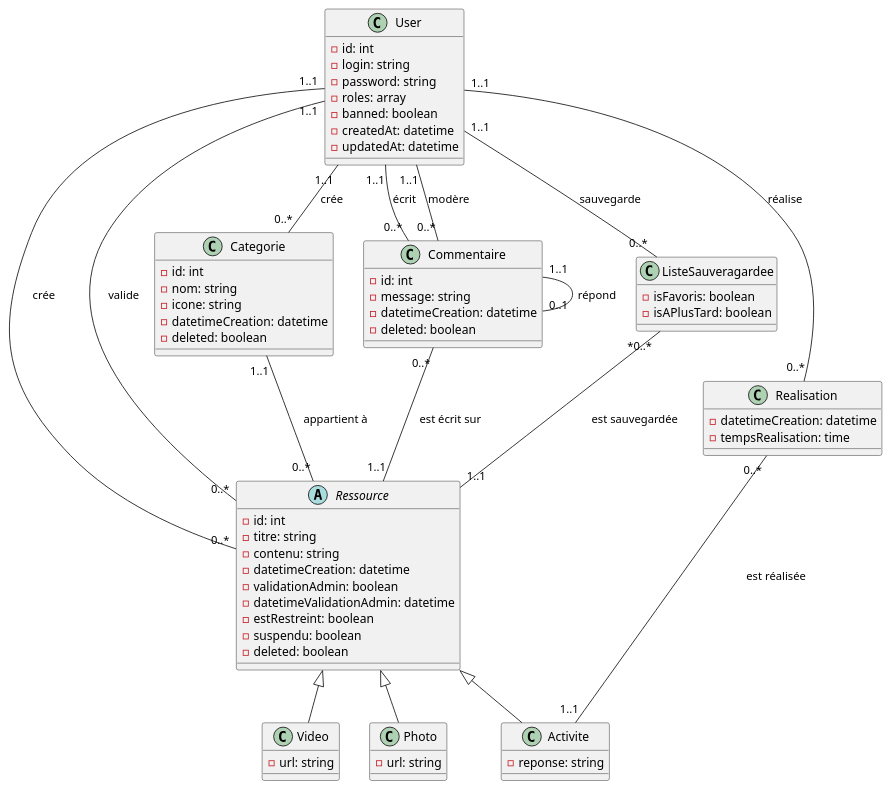
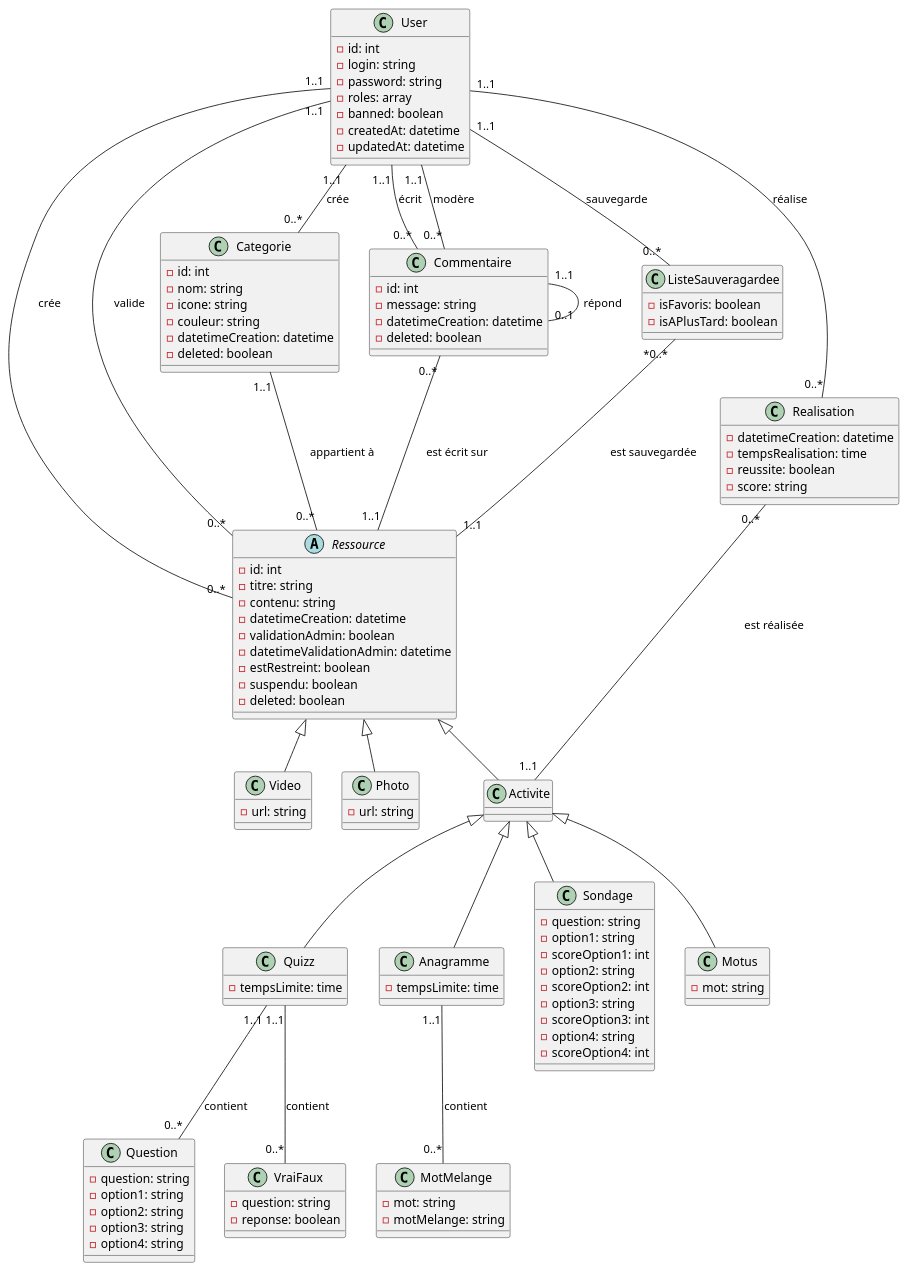
One commit to cda1-2024/Ressources-relationnelles changed the diagram in docs/diagrams/diagrammeDeClasse.puml. Above: the diagram before and after it, drawn with PlantUML. The commit also changed 1 other file, not shown here.

Commit message:
Update diagrammeDeClasse.puml / Add Esteban modifications + add image

```diff
--- a/docs/diagrams/diagrammeDeClasse.puml
+++ b/docs/diagrams/diagrammeDeClasse.puml
@@ -1,123 +1,134 @@
 @startuml diagrammeDeClasse
 
 class User {
     -id: int
     -login: string
     -password: string
     -roles: array
     -banned: boolean
     -createdAt: datetime
     -updatedAt: datetime
 }
 
 abstract class Ressource{
     -id: int
     -titre: string
     -contenu: string
     -datetimeCreation: datetime
     -validationAdmin: boolean
     -datetimeValidationAdmin: datetime
     -estRestreint: boolean
     -suspendu: boolean
     -deleted: boolean
 }
 
 class Video{
     -url: string
 }
 
 class Photo{
     -url: string
 }
 
-class Activite{
-    -reponse: string
+class Quizz{
+    -tempsLimite: time
+}
+
+class Question{
+    -question: string
+    -option1: string
+    -option2: string
+    -option3: string
+    -option4: string
+}
+
+class VraiFaux{
+    -question: string
+    -reponse: boolean
+}
+
+class Anagramme{
+    -tempsLimite: time
+}
+
+class MotMelange{
+    -mot: string
+    -motMelange: string
+}
+
+class Sondage{
+    -question: string
+    -option1: string
+    -scoreOption1: int
+    -option2: string
+    -scoreOption2: int
+    -option3: string
+    -scoreOption3: int
+    -option4: string
+    -scoreOption4: int
+}
+
+class Motus{
+    -mot: string
+}
+
+class Realisation{
+    -datetimeCreation: datetime
+    -tempsRealisation: time
+    -reussite: boolean
+    -score: string
 }
 
 class Categorie{
     -id: int
     -nom: string
     -icone: string
+    -couleur: string
     -datetimeCreation: datetime
     -deleted: boolean
 }
 
 class Commentaire{
     -id: int
     -message: string
     -datetimeCreation: datetime
     -deleted: boolean
 }
 
-' class Favoris{
-'     -datetimeCreation: datetime
-' }
-
-' class APlusTard{
-'     -datetimeCreation: datetime
-' }
-
 class ListeSauveragardee{
     - isFavoris: boolean
     - isAPlusTard: boolean
 }
 
-
-class Realisation{
-    -datetimeCreation: datetime
-    -tempsRealisation: time
-}
-
-
 Ressource <|-- Video
 Ressource <|-- Photo
 Ressource <|-- Activite
 
-' ' Besoin des Categorie
-' Categorie "0..*" -- "1..1" User : est crée par
-
-' ' Besoin des ressources
-' Ressource "0..*" -- "1..1" Categorie : appartient à
-' Ressource "0..*" -- "1..1" User : est crée par
-' Ressource "0..*" -- "1..1" User : est validée par
-
-' ' Besoin des commentaires
-' Commentaire "0..*" -- "1..1" User : est écrit par
-' Commentaire "0..*" -- "1..1" Commentaire : est une réponse à
-' Commentaire "0..*" -- "1..1" Ressource : est écrit sur
-
-' ' Besoin des favoris
-' ' Favoris "0..*" -- "1..1" User : est mit en favoris par
-' ' Favoris "0..*" -- "1..1" Ressource : est mit en favoris
-
-' ' Besoin des mit en plus tard
-' ' APlusTard "0..*" -- "1..1" User : est mit en plus tard par
-' ' APlusTard "0..*" -- "1..1" Ressource : est mit en plus tard
-
-' ' Besoin des listes sauvegardées
-' ListeSauveragardee "0..*" -- "1..1" User : est sauvegardée par
-' ListeSauveragardee "0..*" -- "1..1" Ressource : est sauvegardée
-
-' ' Besoin des réalisations
-' Realisation "0..*" -- "1..1" User : est réalisé par
-' Realisation "0..*" -- "1..1" Activite : est réalisé
+Activite <|-- Quizz
+Activite <|-- Sondage
+Activite <|-- Motus
+Activite <|-- Anagramme
 
 User "1..1" -- "0..*" Commentaire : écrit
 User "1..1" -- "0..*" Commentaire : modère
 User "1..1" -- "0..*" Ressource : crée
 User "1..1" -- "0..*" Ressource : valide
 User "1..1" -- "0..*" ListeSauveragardee : sauvegarde
 User "1..1" -- "0..*" Realisation : réalise
 User "1..1" -- "0..*" Categorie : crée
 
 Commentaire "1..1" -- "0..1" Commentaire : répond
 Commentaire "0..*" -- "1..1" Ressource : est écrit sur
 
 Categorie "1..1" -- "0..*" Ressource : appartient à
 
 ListeSauveragardee "*0..*" -- "1..1" Ressource : est sauvegardée
 
+Quizz "1..1" -- "0..*" Question : contient
+Quizz "1..1" -- "0..*" VraiFaux : contient
+
+Anagramme "1..1" -- "0..*" MotMelange : contient
+
 Realisation "0..*" -- "1..1" Activite : est réalisée
 
-
 @enduml
```
